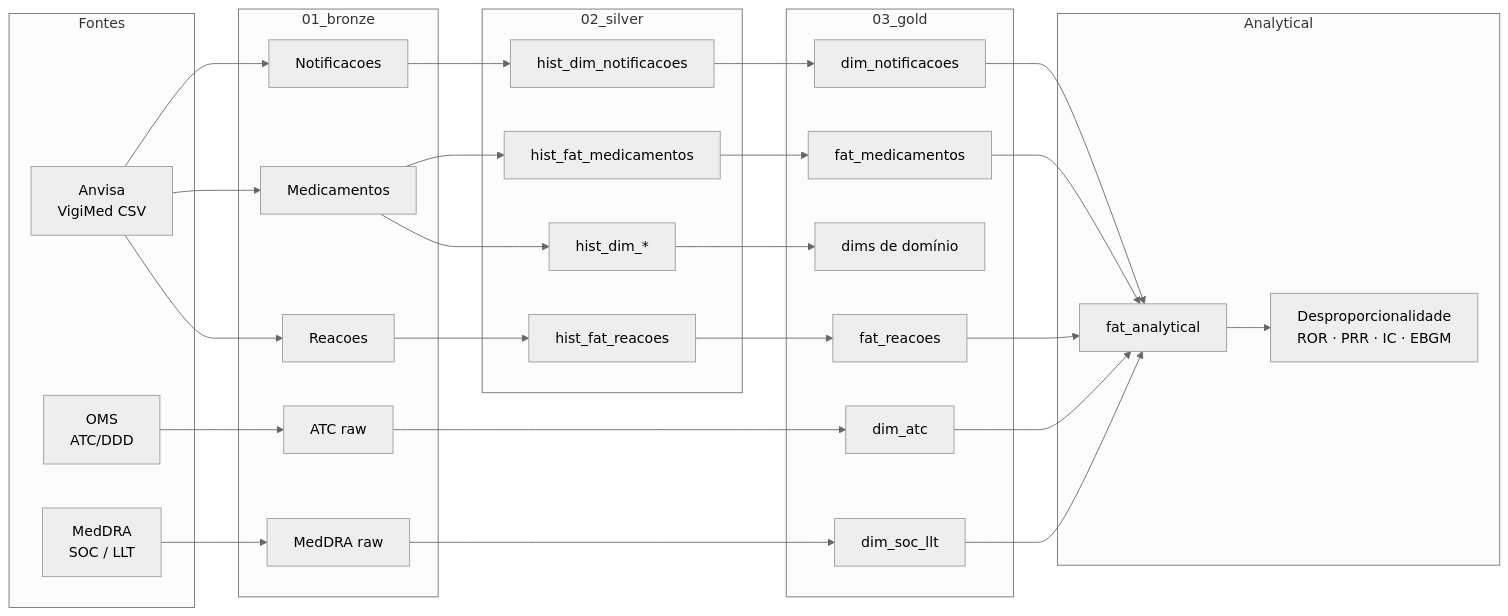
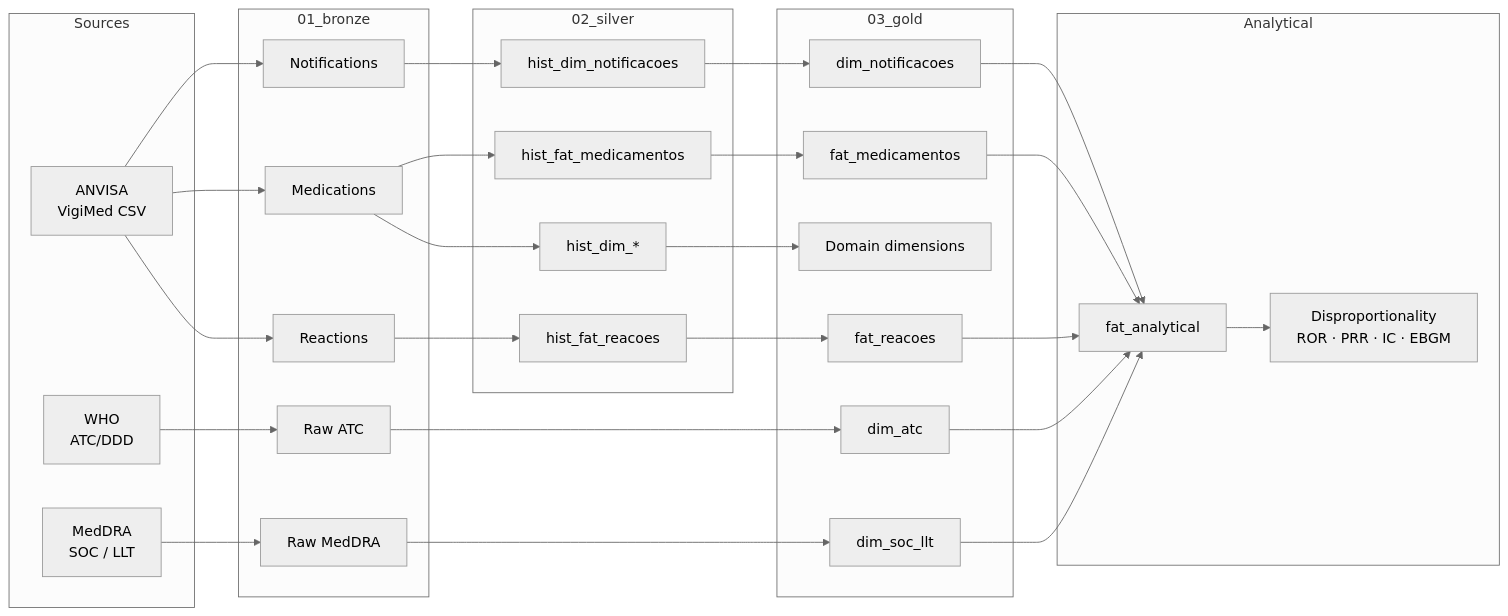
Before and after one commit to mlab-inf-ufrgs/vigimed: the diagram in README.md, drawn with Mermaid (neutral theme). The commit also changed other lines of this file, not shown here.

````diff
--- a/README.md
+++ b/README.md
@@ -30,54 +39,54 @@
 ```mermaid
 flowchart LR
-    subgraph Fontes
-        A1[Anvisa<br/>VigiMed CSV]
-        A2[OMS<br/>ATC/DDD]
+    subgraph Sources
+        A1[ANVISA<br/>VigiMed CSV]
+        A2[WHO<br/>ATC/DDD]
         A3[MedDRA<br/>SOC / LLT]
     end
 
     subgraph Bronze["01_bronze"]
-        B1[Notificacoes]
-        B2[Medicamentos]
-        B3[Reacoes]
-        B4[ATC raw]
-        B5[MedDRA raw]
+        B1[Notifications]
+        B2[Medications]
+        B3[Reactions]
+        B4[Raw ATC]
+        B5[Raw MedDRA]
     end
 
     subgraph Silver["02_silver"]
         S1[hist_dim_*]
         S2[hist_fat_medicamentos]
         S3[hist_fat_reacoes]
         S4[hist_dim_notificacoes]
     end
 
     subgraph Gold["03_gold"]
         G1[dim_notificacoes]
         G2[fat_medicamentos]
         G3[fat_reacoes]
         G4[dim_atc]
         G5[dim_soc_llt]
-        G6[dims de domínio]
+        G6[Domain dimensions]
     end
 
     subgraph Analytical
         AN[fat_analytical]
-        DA[Desproporcionalidade<br/>ROR · PRR · IC · EBGM]
+        DA[Disproportionality<br/>ROR · PRR · IC · EBGM]
     end
 
     A1 --> B1 & B2 & B3
     A2 --> B4
     A3 --> B5
 
     B1 --> S4
     B2 --> S2 & S1
     B3 --> S3
     B4 --> G4
     B5 --> G5
 
     S4 --> G1
     S2 --> G2
     S3 --> G3
     S1 --> G6
 
     G1 & G2 & G3 & G4 & G5 --> AN --> DA
 ```
````
